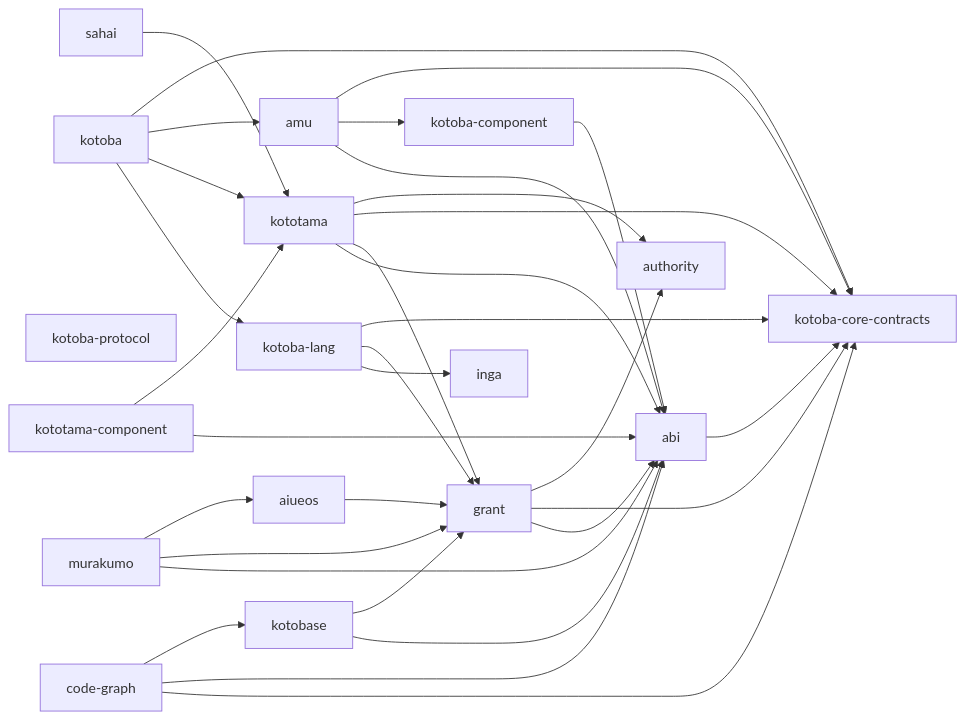
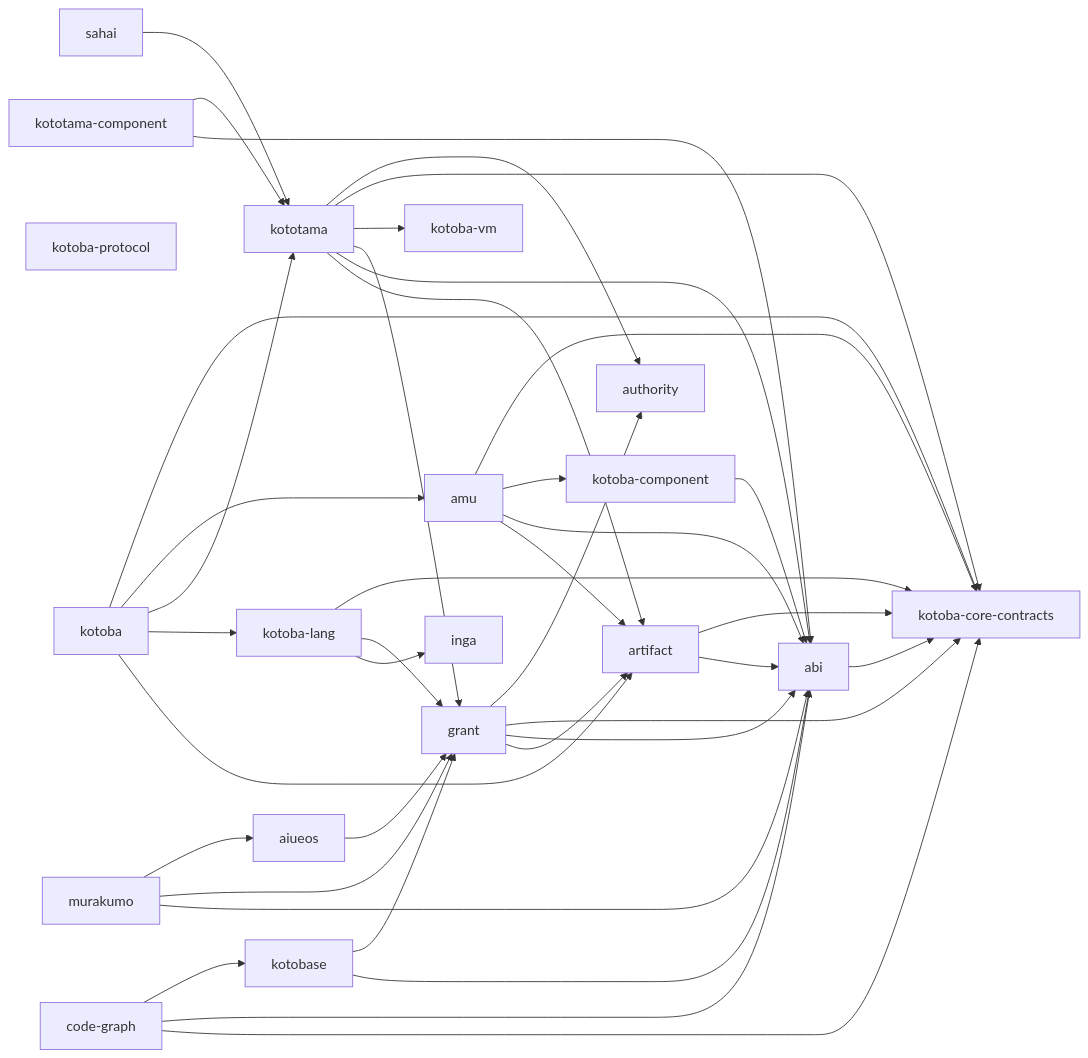
Before and after one commit to kotoba-lang/kotoba-lang: the first of 2 diagrams in docs/stack-dependencies-current.md, drawn with Mermaid. The commit also changed other lines of this file and 3 other files, not shown here.

````diff
--- a/docs/stack-dependencies-current.md
+++ b/docs/stack-dependencies-current.md
@@ -7,51 +7,60 @@
 ```mermaid
 flowchart LR
   abi["abi"]
   aiueos["aiueos"]
   amu["amu"]
+  artifact["artifact"]
   authority["authority"]
   code_graph["code-graph"]
   grant["grant"]
   inga["inga"]
   kotoba["kotoba"]
   kotoba_component["kotoba-component"]
   kotoba_core_contracts["kotoba-core-contracts"]
   kotoba_lang["kotoba-lang"]
   kotoba_protocol["kotoba-protocol"]
+  kotoba_vm["kotoba-vm"]
   kotobase["kotobase"]
   kototama["kototama"]
   kototama_component["kototama-component"]
   murakumo["murakumo"]
   sahai["sahai"]
   abi --> kotoba_core_contracts
   aiueos --> grant
+  amu --> artifact
   amu --> abi
   amu --> kotoba_component
   amu --> kotoba_core_contracts
+  artifact --> abi
+  artifact --> kotoba_core_contracts
   code_graph --> kotoba_core_contracts
   code_graph --> abi
   code_graph --> kotobase
+  grant --> artifact
   grant --> abi
   grant --> kotoba_core_contracts
   grant --> authority
+  kotoba --> artifact
   kotoba --> kotoba_lang
   kotoba --> kototama
   kotoba --> amu
   kotoba --> kotoba_core_contracts
   kotoba_component --> abi
   kotoba_lang --> inga
   kotoba_lang --> grant
   kotoba_lang --> kotoba_core_contracts
   kotobase --> abi
   kotobase --> grant
+  kototama --> artifact
   kototama --> abi
   kototama --> grant
+  kototama --> kotoba_vm
   kototama --> kotoba_core_contracts
   kototama --> authority
   kototama_component --> abi
   kototama_component --> kototama
   murakumo --> abi
   murakumo --> grant
   murakumo --> aiueos
   sahai --> kototama
 ```
````
